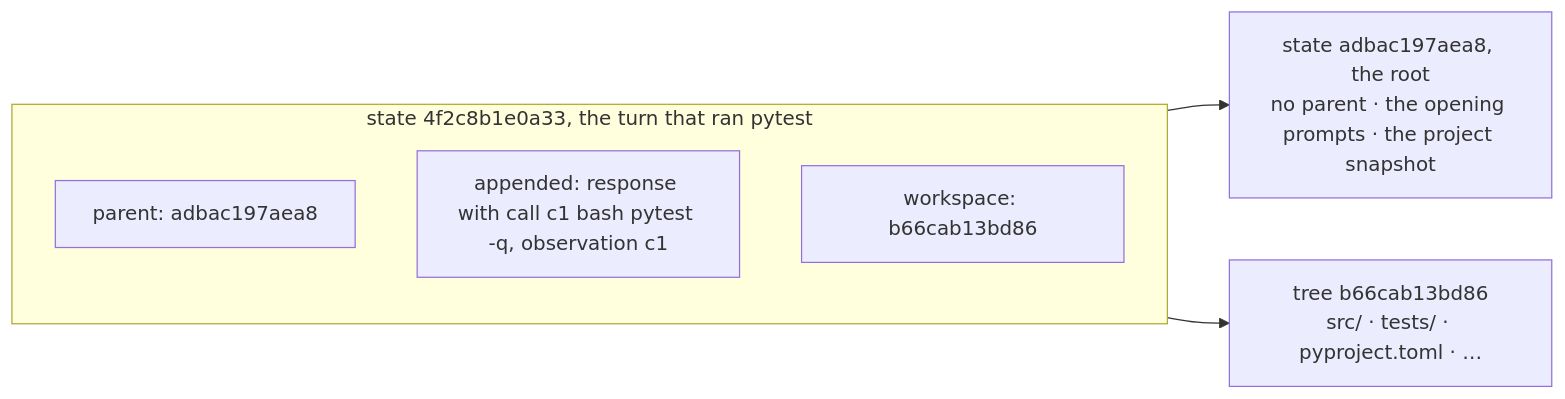
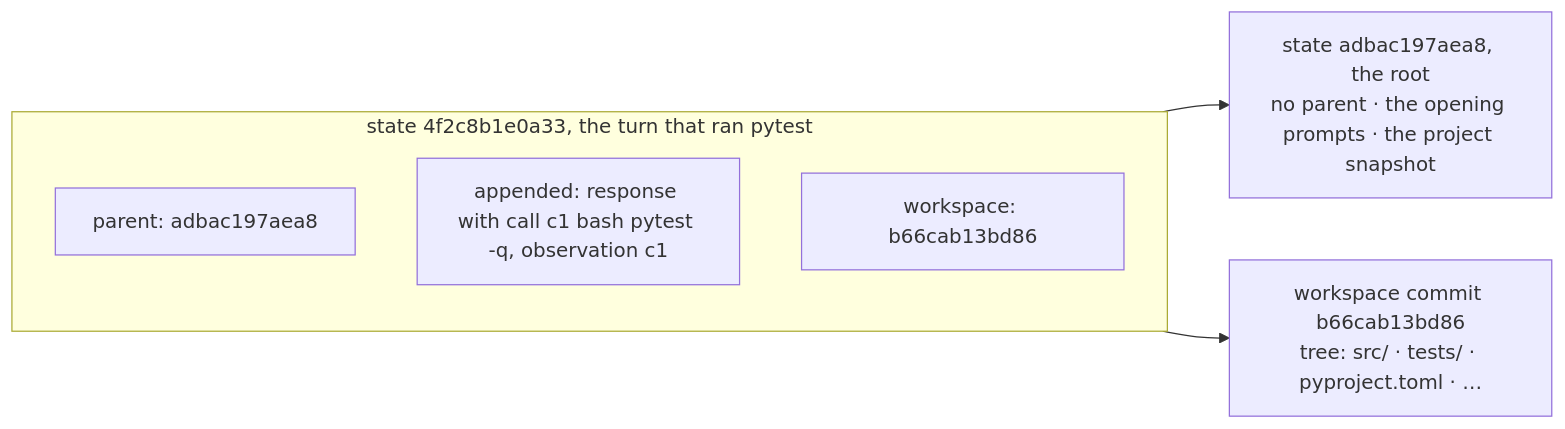
One commit to pku-xht/alaya changed the first of 10 diagrams in docs/trajectory-schema.md. Above: the diagram before and after it, drawn with Mermaid. The commit also changed other lines of this file and 18 other files, not shown here.

````diff
--- a/docs/trajectory-schema.md
+++ b/docs/trajectory-schema.md
@@ -43,13 +45,13 @@
 ```mermaid
 flowchart LR
   subgraph S["state 4f2c8b1e0a33, the turn that ran pytest"]
     direction TB
     P["parent: adbac197aea8"]
     A["appended: response with call c1 bash pytest -q, observation c1"]
     E["workspace: b66cab13bd86"]
   end
   Parent["state adbac197aea8, the root<br/>no parent · the opening prompts · the project snapshot"]
-  Tree["tree b66cab13bd86<br/>src/ · tests/ · pyproject.toml · …"]
+  Tree["workspace commit b66cab13bd86<br/>tree: src/ · tests/ · pyproject.toml · …"]
   P --> Parent
   E --> Tree
 ```
````
